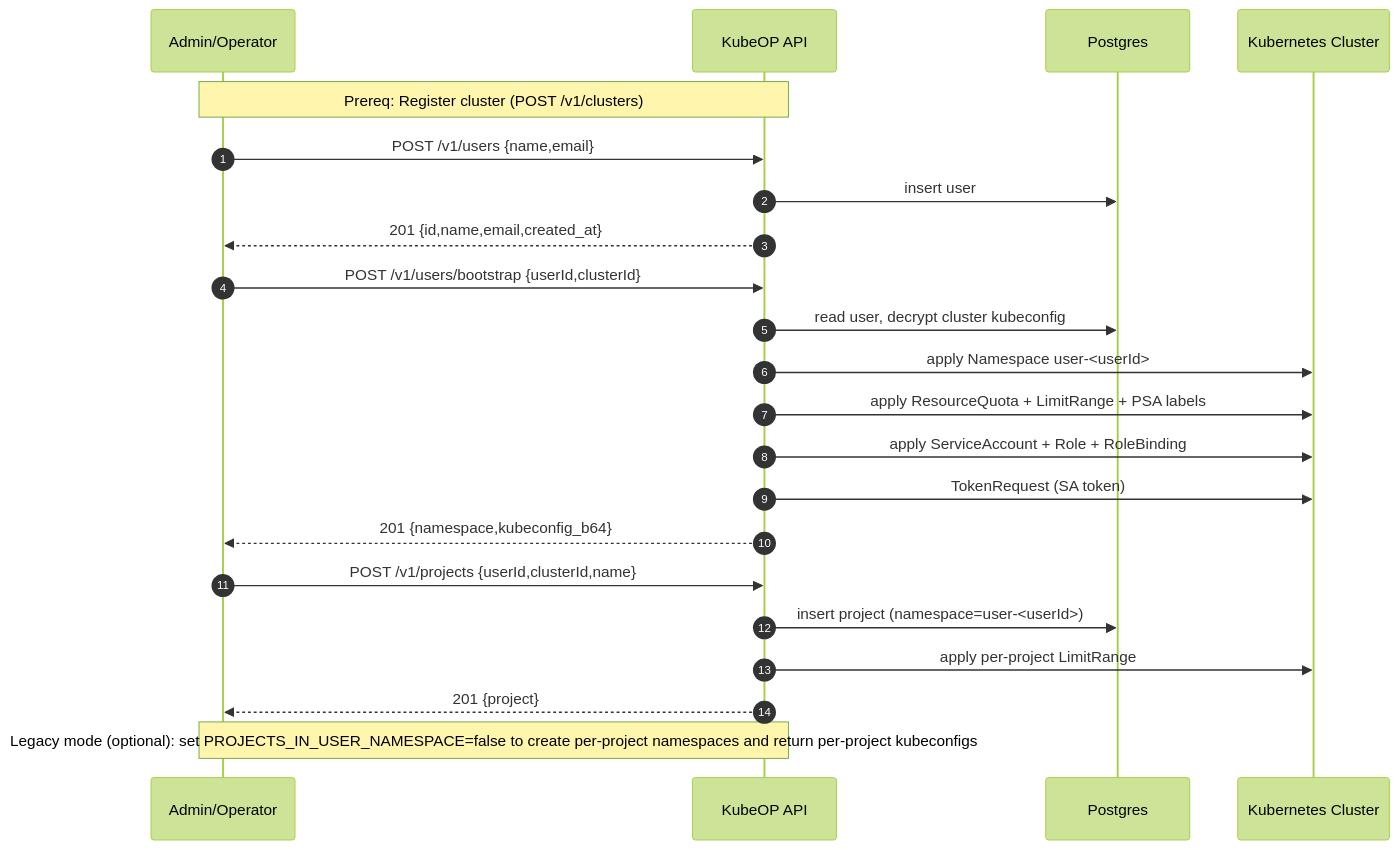
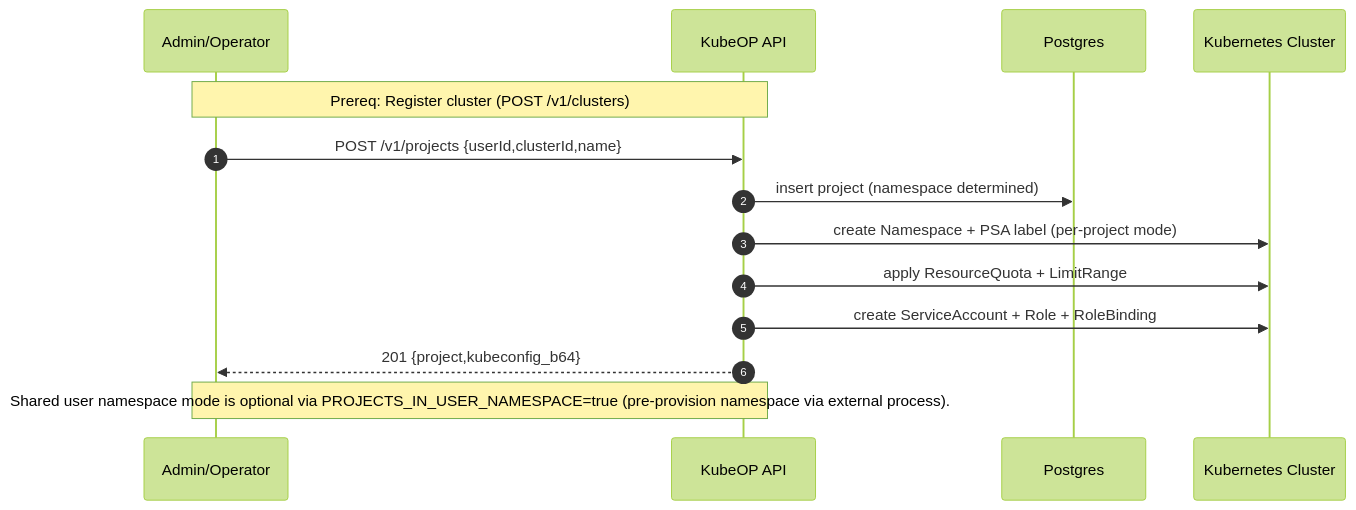
One commit to vaheed/kubeOP changed the second of 2 diagrams in documents/ARCHITECTURE.md. Above: the diagram before and after it, drawn with Mermaid (forest theme). The commit also changed other lines of this file and 16 other files, not shown here.

````diff
--- a/documents/ARCHITECTURE.md
+++ b/documents/ARCHITECTURE.md
@@ -76,29 +76,19 @@
 ```mermaid
 sequenceDiagram
   autonumber
   participant Admin as Admin/Operator
   participant API as KubeOP API
   participant DB as Postgres
   participant K8s as Kubernetes Cluster
 
   Note over Admin,API: Prereq: Register cluster (POST /v1/clusters)
 
-  Admin->>API: POST /v1/users {name,email}
-  API->>DB: insert user
-  API-->>Admin: 201 {id,name,email,created_at}
+  Admin->>API: POST /v1/projects {userId,clusterId,name}
+  API->>DB: insert project (namespace determined)
+  API->>K8s: create Namespace + PSA label (per‑project mode)
+  API->>K8s: apply ResourceQuota + LimitRange
+  API->>K8s: create ServiceAccount + Role + RoleBinding
+  API-->>Admin: 201 {project,kubeconfig_b64}
 
-  Admin->>API: POST /v1/users/bootstrap {userId,clusterId}
-  API->>DB: read user, decrypt cluster kubeconfig
-  API->>K8s: apply Namespace user-<userId>
-  API->>K8s: apply ResourceQuota + LimitRange + PSA labels
-  API->>K8s: apply ServiceAccount + Role + RoleBinding
-  API->>K8s: TokenRequest (SA token)
-  API-->>Admin: 201 {namespace,kubeconfig_b64}
-
-  Admin->>API: POST /v1/projects {userId,clusterId,name}
-  API->>DB: insert project (namespace=user-<userId>)
-  API->>K8s: apply per-project LimitRange
-  API-->>Admin: 201 {project}
-
-  Note over Admin,API: Legacy mode (optional): set PROJECTS_IN_USER_NAMESPACE=false to create per‑project namespaces and return per‑project kubeconfigs
+  Note over Admin,API: Shared user namespace mode is optional via PROJECTS_IN_USER_NAMESPACE=true (pre‑provision namespace via external process).
 ```
````
